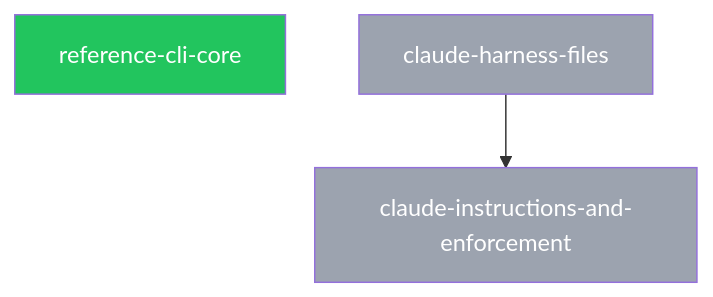
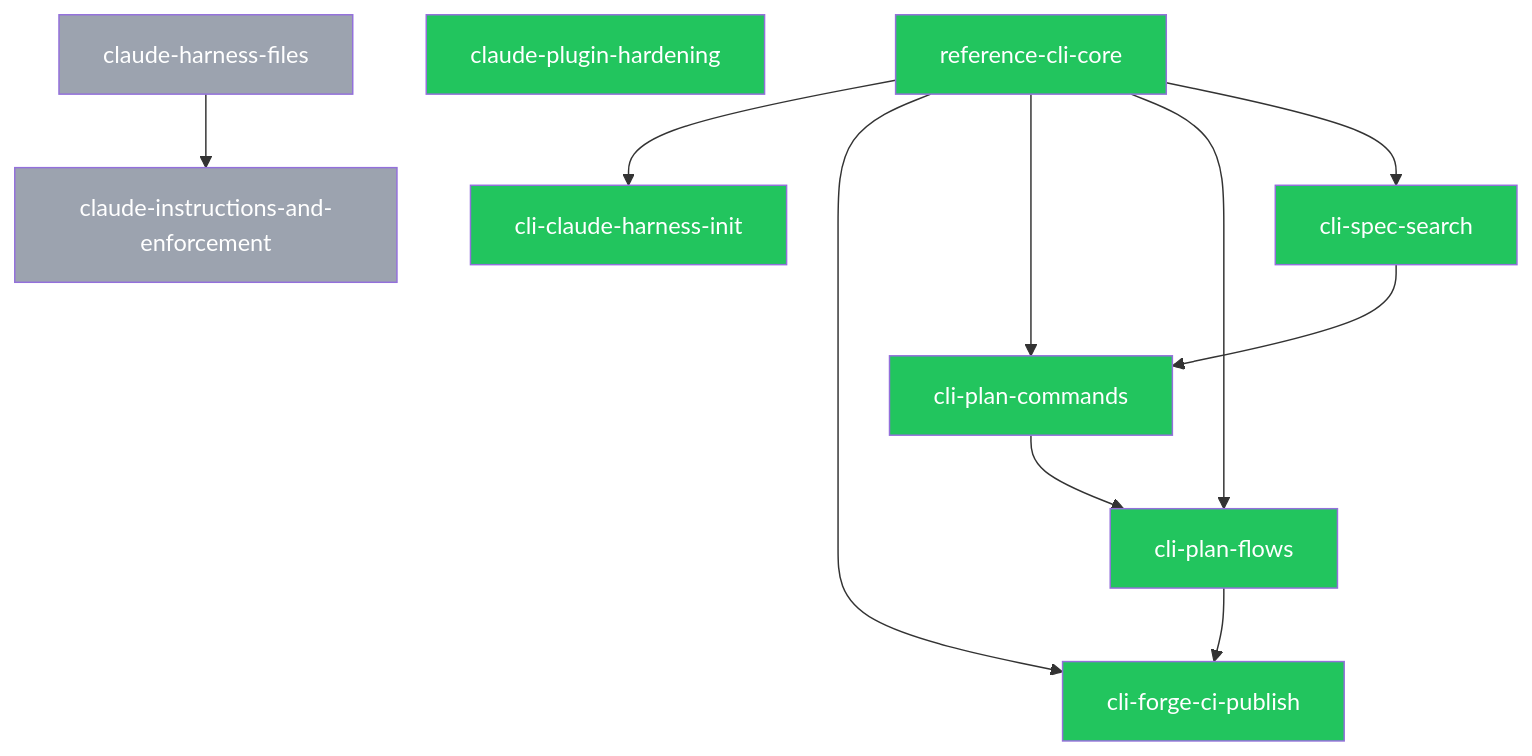
The diagram in plans/PLANS.md (SpiralSky/specplane), drawn with Mermaid before and after one commit. The commit also changed other lines of this file and 43 other files, not shown here.

````diff
--- a/plans/PLANS.md
+++ b/plans/PLANS.md
@@ -20,14 +26,28 @@
 ```mermaid
 graph TD
     p_2026_10_28_reference_cli_core[reference-cli-core]:::ready
+    p_2026_10_29_claude_plugin_hardening[claude-plugin-hardening]:::ready
+    p_2026_10_29_cli_claude_harness_init[cli-claude-harness-init]:::ready
+    p_2026_10_29_cli_forge_ci_publish[cli-forge-ci-publish]:::ready
+    p_2026_10_29_cli_plan_commands[cli-plan-commands]:::ready
+    p_2026_10_29_cli_plan_flows[cli-plan-flows]:::ready
+    p_2026_10_29_cli_spec_search[cli-spec-search]:::ready
     p_2026_10_29_claude_harness_files[claude-harness-files]:::done
     p_2026_10_29_claude_instructions_and_enforcement[claude-instructions-and-enforcement]:::done
+    p_2026_10_28_reference_cli_core --> p_2026_10_29_cli_claude_harness_init
+    p_2026_10_28_reference_cli_core --> p_2026_10_29_cli_forge_ci_publish
+    p_2026_10_29_cli_plan_flows --> p_2026_10_29_cli_forge_ci_publish
+    p_2026_10_28_reference_cli_core --> p_2026_10_29_cli_plan_commands
+    p_2026_10_29_cli_spec_search --> p_2026_10_29_cli_plan_commands
+    p_2026_10_28_reference_cli_core --> p_2026_10_29_cli_plan_flows
+    p_2026_10_29_cli_plan_commands --> p_2026_10_29_cli_plan_flows
+    p_2026_10_28_reference_cli_core --> p_2026_10_29_cli_spec_search
     p_2026_10_29_claude_harness_files --> p_2026_10_29_claude_instructions_and_enforcement
     classDef draft fill:#f9fafb,color:#374151,stroke:#d1d5db
     classDef ready fill:#22c55e,color:#fff
     classDef blocked fill:#ef4444,color:#fff
     classDef in_progress fill:#3b82f6,color:#fff
     classDef review fill:#60a5fa,color:#fff
     classDef done fill:#9ca3af,color:#fff
     classDef abandoned fill:#9ca3af,color:#fff,text-decoration:line-through
 ```
````
